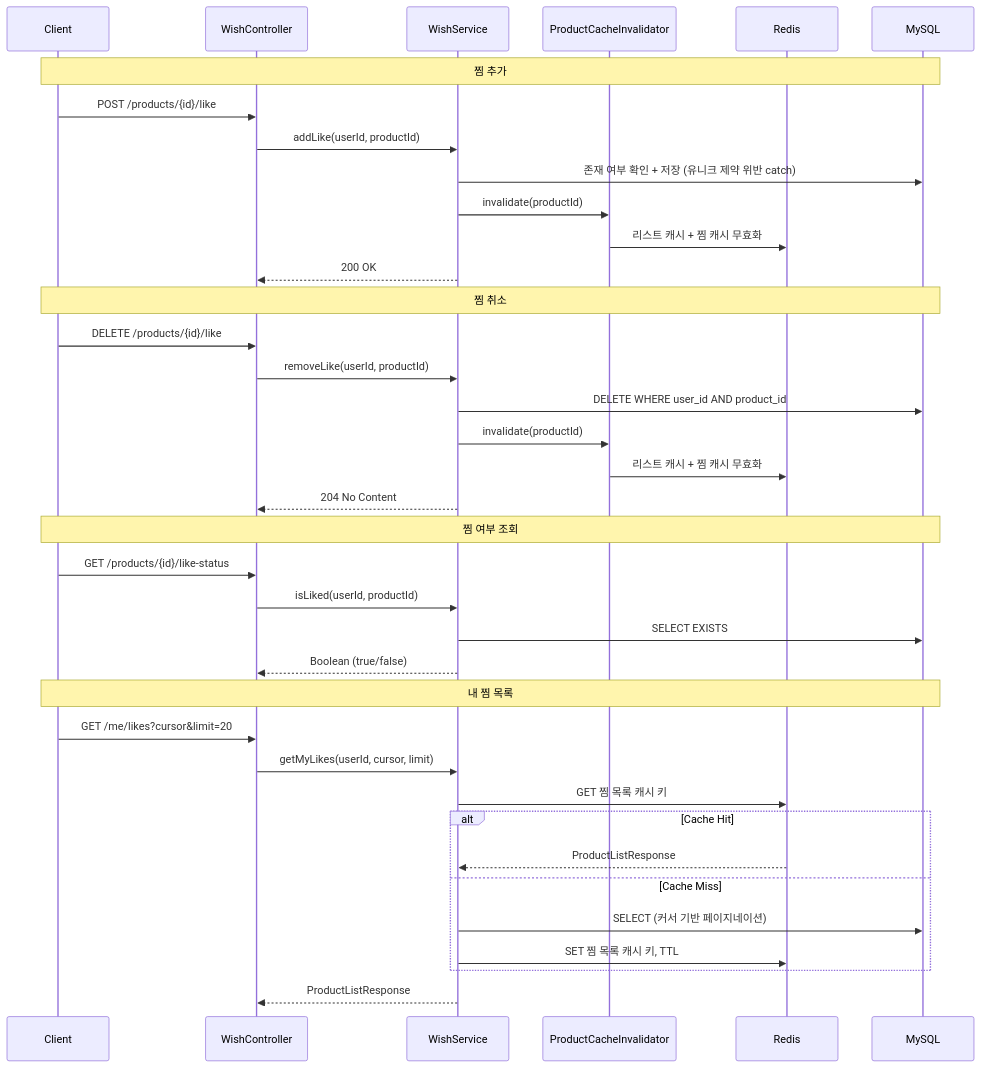
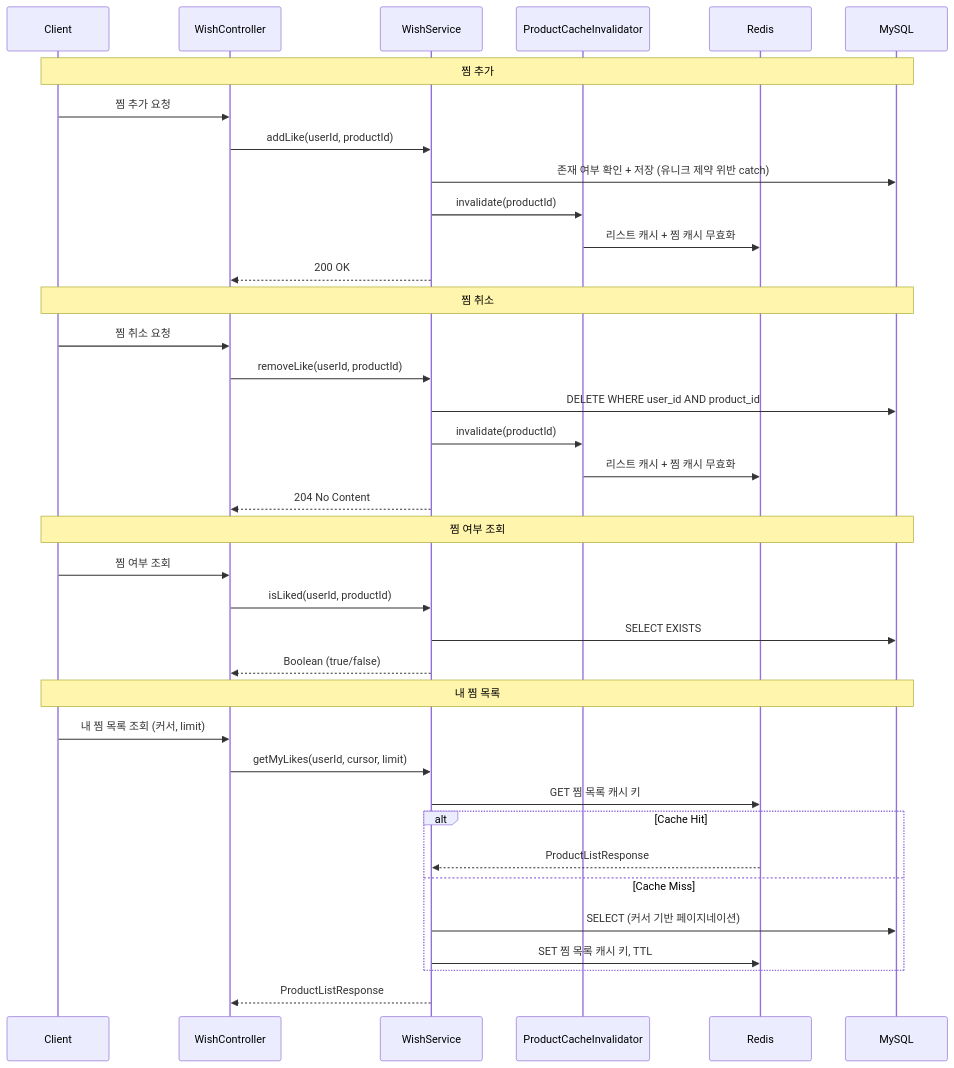
The fifth of 8 diagrams in architecture/product-domain.md (cherry-market/cherry-architecture), drawn with Mermaid before and after one commit. The commit also changed other lines of this file and 6 other files, not shown here.

````diff
--- a/architecture/product-domain.md
+++ b/architecture/product-domain.md
@@ -241,43 +241,43 @@
 ```mermaid
 sequenceDiagram
     participant C as Client
     participant API as WishController
     participant SVC as WishService
     participant Cache as ProductCacheInvalidator
     participant Redis as Redis
     participant DB as MySQL
 
     Note over C,DB: 찜 추가
-    C->>API: POST /products/{id}/like
+    C->>API: 찜 추가 요청
     API->>SVC: addLike(userId, productId)
     SVC->>DB: 존재 여부 확인 + 저장 (유니크 제약 위반 catch)
     SVC->>Cache: invalidate(productId)
     Cache->>Redis: 리스트 캐시 + 찜 캐시 무효화
     SVC-->>API: 200 OK
 
     Note over C,DB: 찜 취소
-    C->>API: DELETE /products/{id}/like
+    C->>API: 찜 취소 요청
     API->>SVC: removeLike(userId, productId)
     SVC->>DB: DELETE WHERE user_id AND product_id
     SVC->>Cache: invalidate(productId)
     Cache->>Redis: 리스트 캐시 + 찜 캐시 무효화
     SVC-->>API: 204 No Content
 
     Note over C,DB: 찜 여부 조회
-    C->>API: GET /products/{id}/like-status
+    C->>API: 찜 여부 조회
     API->>SVC: isLiked(userId, productId)
     SVC->>DB: SELECT EXISTS
     SVC-->>API: Boolean (true/false)
 
     Note over C,DB: 내 찜 목록
-    C->>API: GET /me/likes?cursor&limit=20
+    C->>API: 내 찜 목록 조회 (커서, limit)
     API->>SVC: getMyLikes(userId, cursor, limit)
     SVC->>Redis: GET 찜 목록 캐시 키
     alt Cache Hit
         Redis-->>SVC: ProductListResponse
     else Cache Miss
         SVC->>DB: SELECT (커서 기반 페이지네이션)
         SVC->>Redis: SET 찜 목록 캐시 키, TTL
     end
     SVC-->>API: ProductListResponse
 ```
````
